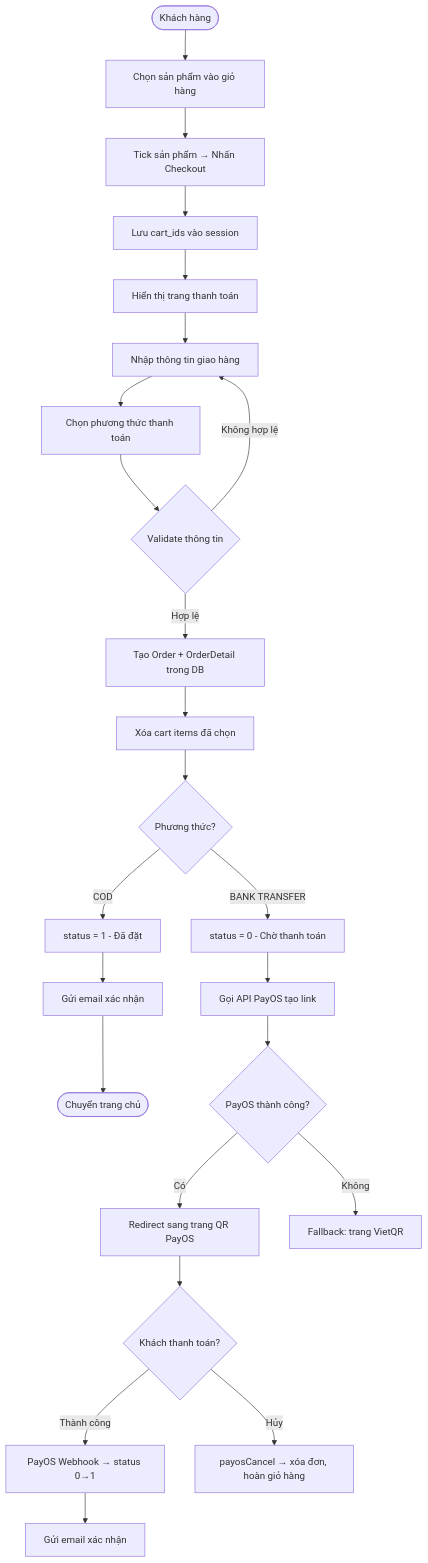
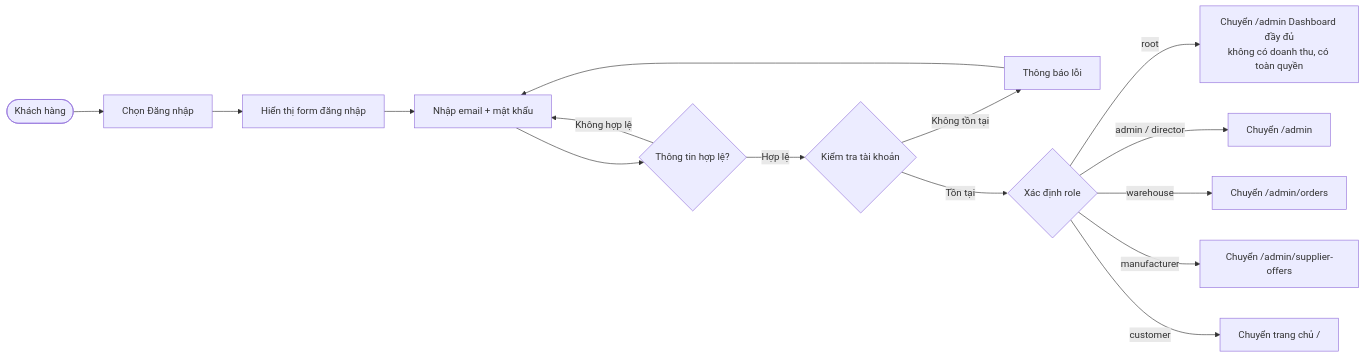
Before and after one commit to thien258/luanvantotnghiep: the second of 18 diagrams in app/Http/doc/diagrams.md, drawn with Mermaid. The commit also changed other lines of this file and 27 other files, not shown here.

````diff
--- a/app/Http/doc/diagrams.md
+++ b/app/Http/doc/diagrams.md
@@ -49,28 +54,17 @@
 ```mermaid
-flowchart TD
-    A([Khách hàng]) --> B[Chọn sản phẩm vào giỏ hàng]
-    B --> C[Tick sản phẩm → Nhấn Checkout]
-    C --> D[Lưu cart_ids vào session]
-    D --> E[Hiển thị trang thanh toán]
-    E --> F[Nhập thông tin giao hàng]
-    F --> G[Chọn phương thức thanh toán]
-    G --> H{Validate thông tin}
-    H -->|Không hợp lệ| F
-    H -->|Hợp lệ| I[Tạo Order + OrderDetail trong DB]
-    I --> J[Xóa cart items đã chọn]
-    J --> K{Phương thức?}
-
-    K -->|COD| L[status = 1 - Đã đặt]
-    L --> M[Gửi email xác nhận]
-    M --> N([Chuyển trang chủ])
-
-    K -->|BANK TRANSFER| O[status = 0 - Chờ thanh toán]
-    O --> P[Gọi API PayOS tạo link]
-    P --> Q{PayOS thành công?}
-    Q -->|Có| R[Redirect sang trang QR PayOS]
-    Q -->|Không| S[Fallback: trang VietQR]
-    R --> T{Khách thanh toán?}
-    T -->|Thành công| U[PayOS Webhook → status 0→1]
-    U --> V[Gửi email xác nhận]
-    T -->|Hủy| W[payosCancel → xóa đơn, hoàn giỏ hàng]
+flowchart LR
+    A([Khách hàng]) --> B[Chọn Đăng nhập]
+    B --> C[Hiển thị form đăng nhập]
+    C --> D[Nhập email + mật khẩu]
+    D --> E{Thông tin hợp lệ?}
+    E -->|Không hợp lệ| D
+    E -->|Hợp lệ| F{Kiểm tra tài khoản}
+    F -->|Không tồn tại| G[Thông báo lỗi]
+    G --> D
+    F -->|Tồn tại| H{Xác định role}
+    H -->|root| I[Chuyển /admin Dashboard đầy đủ\nkhông có doanh thu, có toàn quyền]
+    H -->|admin / director| J[Chuyển /admin]
+    H -->|warehouse| K[Chuyển /admin/orders]
+    H -->|manufacturer| L[Chuyển /admin/supplier-offers]
+    H -->|customer| M[Chuyển trang chủ /]
 ```
````
